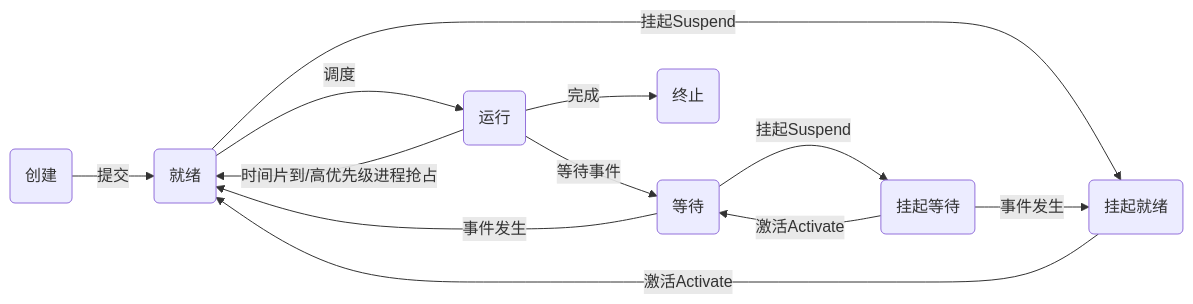
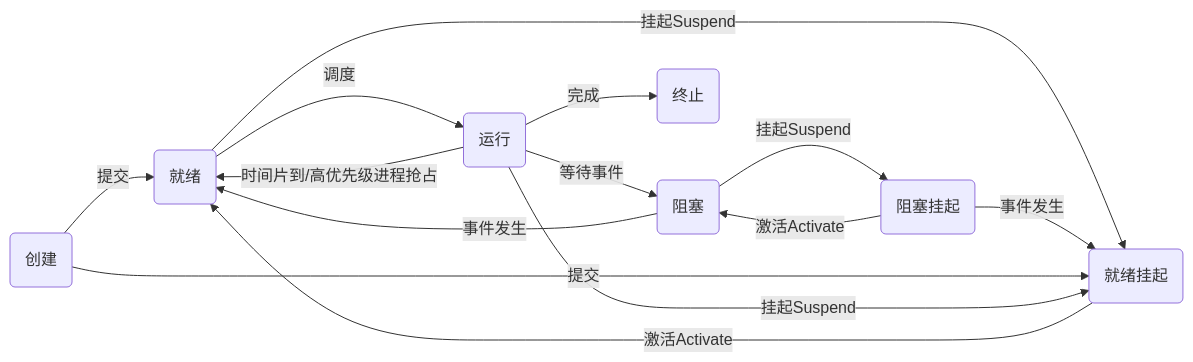
One commit to EmptyBlueBox/Operating_Systems-2025Spring-PKU changed the third of 3 diagrams in Note/03-进程线程模型.md. Above: the diagram before and after it, drawn with Mermaid. The commit also changed other lines of this file and 4 other files, not shown here.

````diff
--- a/Note/03-进程线程模型.md
+++ b/Note/03-进程线程模型.md
@@ -211,14 +211,16 @@
         ```mermaid
         graph LR
             New(创建) --> |提交|Ready(就绪)
             Ready --> |调度|Running(运行)
             Running --> |时间片到/高优先级进程抢占|Ready
-            Running --> |等待事件|Waiting(等待)
+            Running --> |等待事件|Waiting(阻塞)
             Waiting --> |事件发生|Ready
             Running --> |完成|Terminated(终止)
-            Ready --> |挂起Suspend|SReady(挂起就绪)
+            Ready --> |挂起Suspend|SReady(就绪挂起)
             SReady --> |激活Activate|Ready
-            Waiting --> |挂起Suspend|SWaiting(挂起等待)
+            Waiting --> |挂起Suspend|SWaiting(阻塞挂起)
             SWaiting --> |事件发生|SReady
             SWaiting --> |激活Activate|Waiting
+            New --> |提交|SReady
+            Running --> |挂起Suspend|SReady
         ```
````
